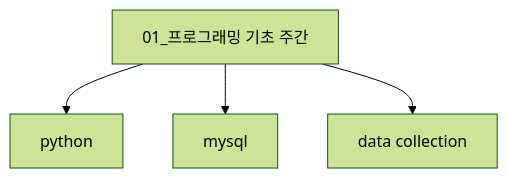
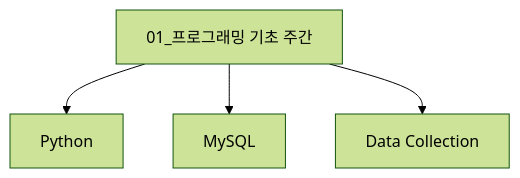
One commit to skn-ai14-250409/.github changed the first of 2 diagrams in profile/README.md. Above: the diagram before and after it, drawn with Mermaid (forest theme).

````diff
--- a/profile/README.md
+++ b/profile/README.md
@@ -20,17 +20,16 @@
 ```mermaid
 graph TD
     A[01_프로그래밍 기초 주간]
-    A1[python]
-    A2[mysql]
-    A3[data collection]
-
+    A1[Python]
+    A2[MySQL]
+    A3[Data Collection]
     A --> A1
     A --> A2
     A --> A3
 
     click A "https://github.com/orgs/skn-ai14-250409/projects/1" "프로그래밍 기초"
-    click A1 "https://github.com/skn-ai14-250409/python_workspace" "프로그래밍 기초 - python"
-    click A2 "https://github.com/skn-ai14-250409/mysql_workspace" "프로그래밍 기초 - mysql"
-    click A3 "https://github.com/skn-ai14-250409/data_collection_workspace" "프로그래밍 기초 - data collection"
+    click A1 "https://github.com/skn-ai14-250409/python_workspace" "프로그래밍 기초 - Python"
+    click A2 "https://github.com/skn-ai14-250409/mysql_workspace" "프로그래밍 기초 - MySQL"
+    click A3 "https://github.com/skn-ai14-250409/data_collection_workspace" "프로그래밍 기초 - Data Collection"
 
 ```
````
